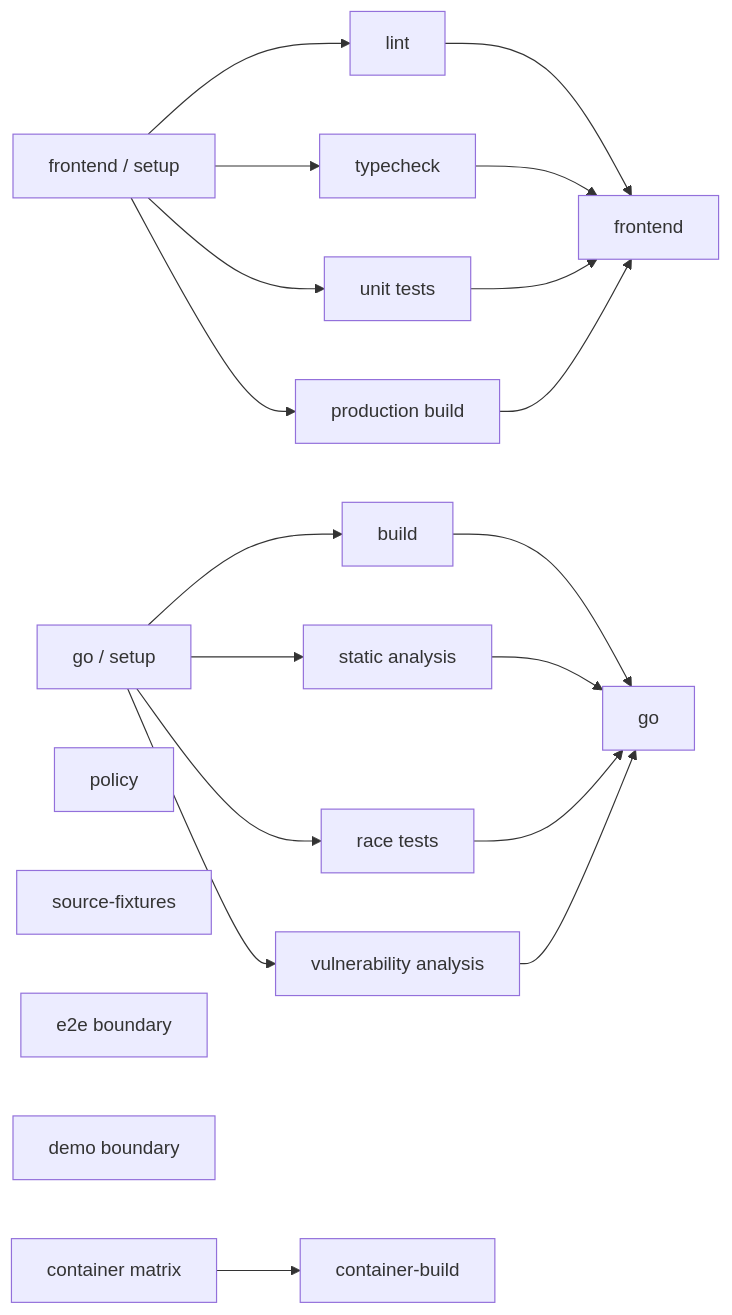
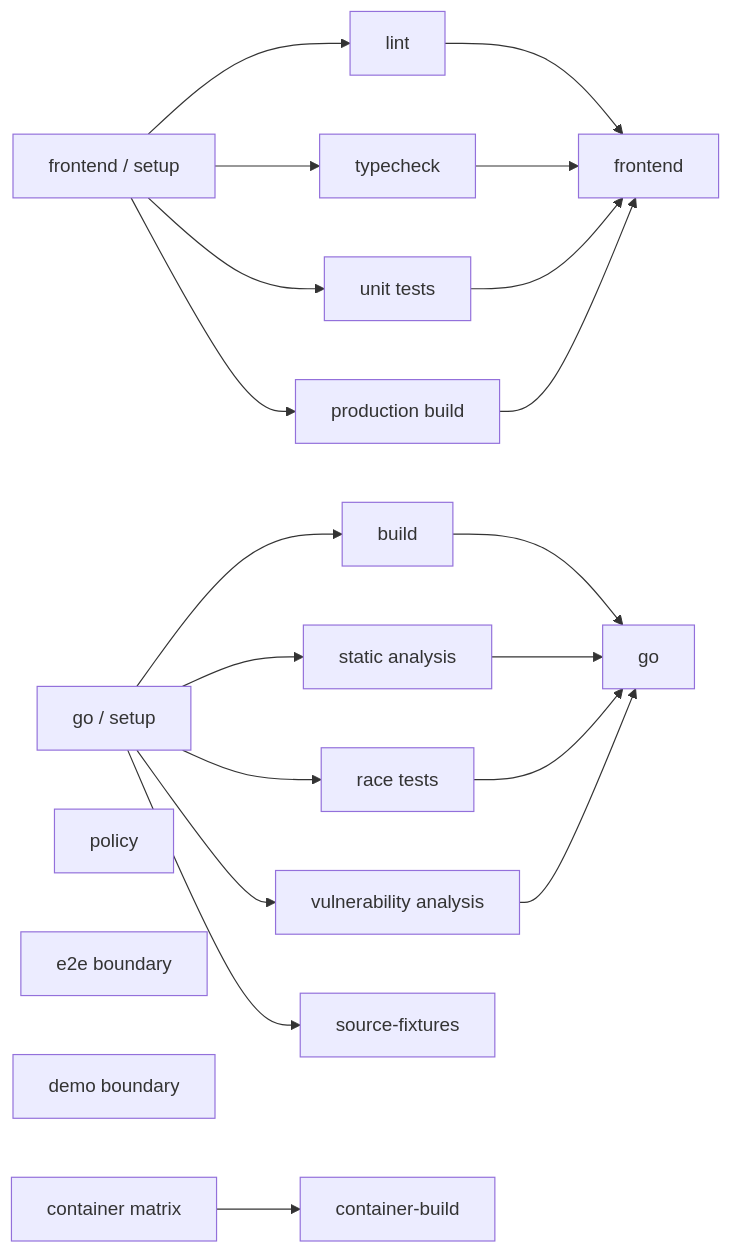
Before and after one commit to traweezy/relantern: the diagram in docs/adr/011-parallel-github-actions.md, drawn with Mermaid. The commit also changed other lines of this file and 26 other files, not shown here.

````diff
--- a/docs/adr/011-parallel-github-actions.md
+++ b/docs/adr/011-parallel-github-actions.md
@@ -50,26 +50,26 @@
 ```mermaid
 flowchart LR
   FS[frontend / setup] --> FL[lint]
   FS --> FT[typecheck]
   FS --> FU[unit tests]
   FS --> FB[production build]
   FL --> F[frontend]
   FT --> F
   FU --> F
   FB --> F
 
   GS[go / setup] --> GB[build]
   GS --> GA[static analysis]
   GS --> GT[race tests]
   GS --> GV[vulnerability analysis]
+  GS --> S[source-fixtures]
   GB --> G[go]
   GA --> G
   GT --> G
   GV --> G
 
   P[policy]
-  S[source-fixtures]
   E[e2e boundary]
   D[demo boundary]
   C[container matrix] --> CA[container-build]
 ```
````
